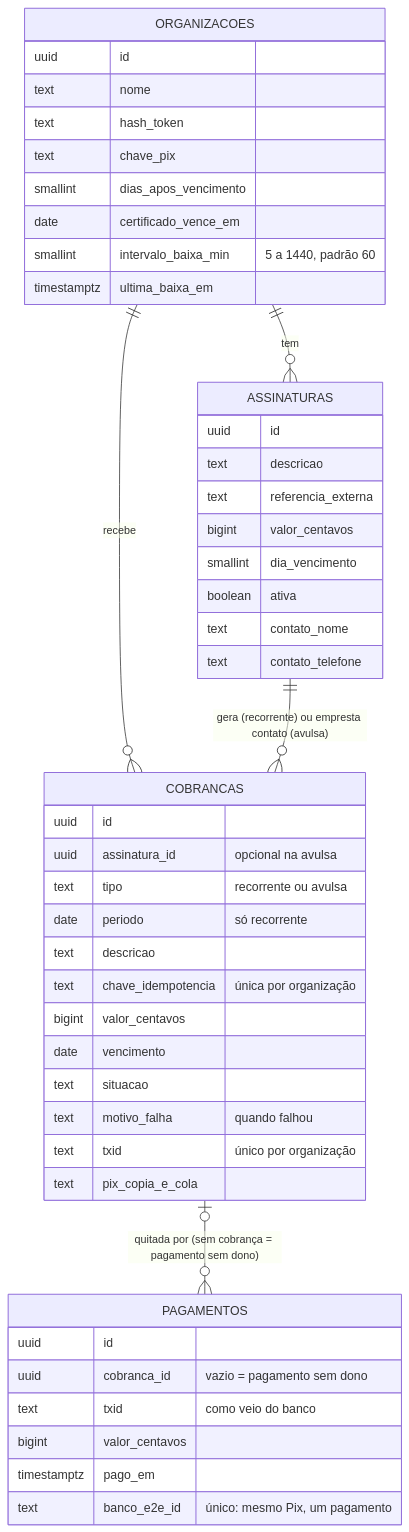
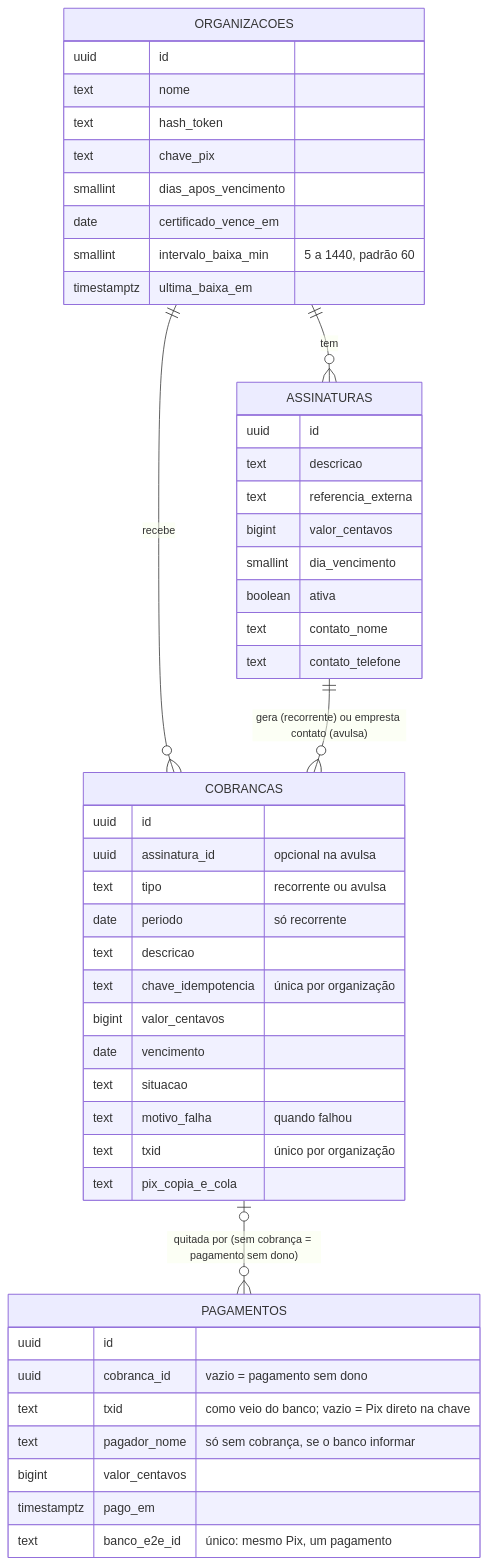
The eighth of 9 diagrams in docs/processos.md (leonardorudolfocardoso/pix-em-dia), drawn with Mermaid before and after one commit. The commit also changed other lines of this file and 3 other files, not shown here.

First line of the commit message:
Escopos do banco: cobv.read e cobv.write, mais pix.read temporário

````diff
--- a/docs/processos.md
+++ b/docs/processos.md
@@ -197,49 +205,50 @@
 ```mermaid
 erDiagram
   ORGANIZACOES ||--o{ ASSINATURAS : tem
   ORGANIZACOES ||--o{ COBRANCAS : recebe
   ASSINATURAS ||--o{ COBRANCAS : "gera (recorrente) ou empresta contato (avulsa)"
   COBRANCAS |o--o{ PAGAMENTOS : "quitada por (sem cobrança = pagamento sem dono)"
   ORGANIZACOES {
     uuid id
     text nome
     text hash_token
     text chave_pix
     smallint dias_apos_vencimento
     date certificado_vence_em
     smallint intervalo_baixa_min "5 a 1440, padrão 60"
     timestamptz ultima_baixa_em
   }
   ASSINATURAS {
     uuid id
     text descricao
     text referencia_externa
     bigint valor_centavos
     smallint dia_vencimento
     boolean ativa
     text contato_nome
     text contato_telefone
   }
   COBRANCAS {
     uuid id
     uuid assinatura_id "opcional na avulsa"
     text tipo "recorrente ou avulsa"
     date periodo "só recorrente"
     text descricao
     text chave_idempotencia "única por organização"
     bigint valor_centavos
     date vencimento
     text situacao
     text motivo_falha "quando falhou"
     text txid "único por organização"
     text pix_copia_e_cola
   }
   PAGAMENTOS {
     uuid id
     uuid cobranca_id "vazio = pagamento sem dono"
-    text txid "como veio do banco"
+    text txid "como veio do banco; vazio = Pix direto na chave"
+    text pagador_nome "só sem cobrança, se o banco informar"
     bigint valor_centavos
     timestamptz pago_em
     text banco_e2e_id "único: mesmo Pix, um pagamento"
   }
 ```
````
